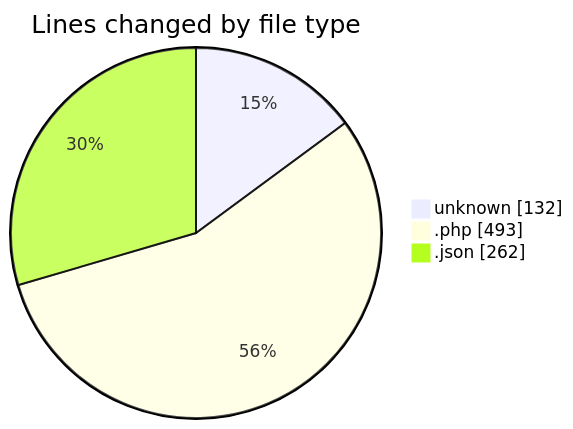
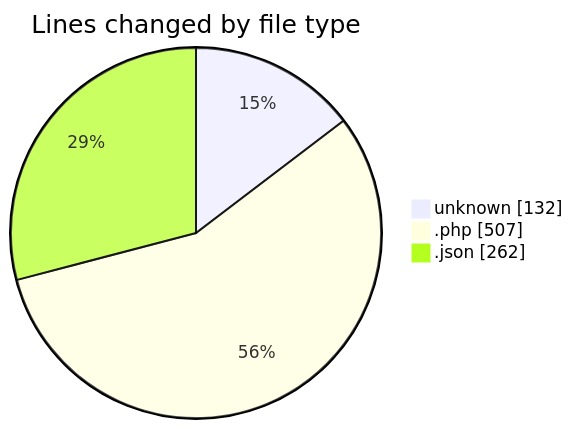
Before and after one commit to idhammustaqopulfikri/code-tracking: the first of 2 diagrams in 2025-11-13/futsal-recommender/README.md, drawn with Mermaid. The commit also changed other lines of this file and 1 other file, not shown here.

````diff
--- a/2025-11-13/futsal-recommender/README.md
+++ b/2025-11-13/futsal-recommender/README.md
@@ -29,7 +30,7 @@
 ```mermaid
 pie showData
 title Lines changed by file type
 "unknown" : 132
-".php" : 493
+".php" : 507
 ".json" : 262
 ```
````
